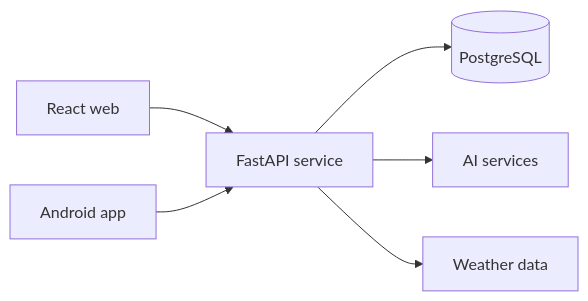
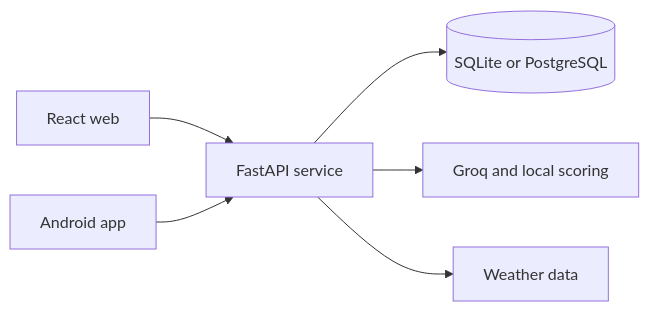
The diagram in README.md (Muhammad7839/FitGPT), drawn with Mermaid before and after one commit. The commit also changed other lines of this file, not shown here.

````diff
--- a/README.md
+++ b/README.md
@@ -32,8 +34,8 @@
 ```mermaid
 flowchart LR
   Web[React web] --> API[FastAPI service]
   Android[Android app] --> API
-  API --> DB[(PostgreSQL)]
-  API --> AI[AI services]
+  API --> DB[(SQLite or PostgreSQL)]
+  API --> AI[Groq and local scoring]
   API --> Weather[Weather data]
 ```
````
